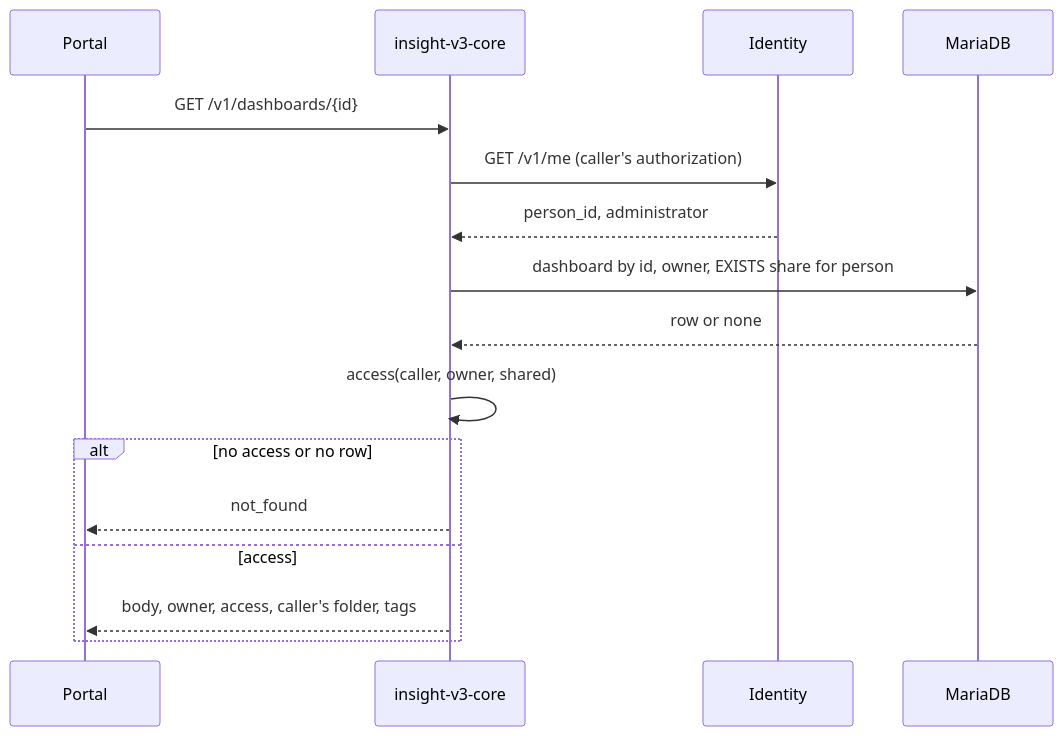
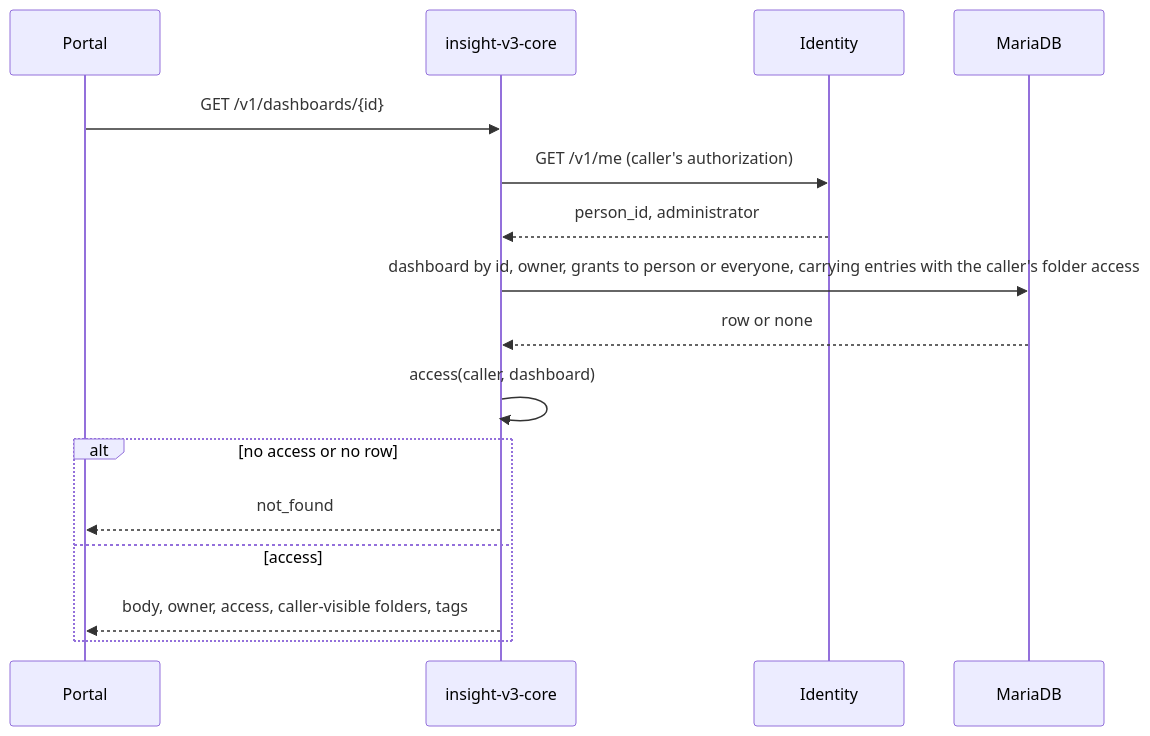
Before and after one commit to constructorfabric/insight: the second of 2 diagrams in docs/domain/insight-v3/specs/sharing/DESIGN.md, drawn with Mermaid. The commit also changed other lines of this file and 1 other file, not shown here.

First line of the commit message:
docs(v3): add editors, grants to everyone and shared folders to the sharing spec

````diff
--- a/docs/domain/insight-v3/specs/sharing/DESIGN.md
+++ b/docs/domain/insight-v3/specs/sharing/DESIGN.md
@@ -381,18 +418,18 @@
 ```mermaid
 sequenceDiagram
     participant P as Portal
     participant A as insight-v3-core
     participant I as Identity
     participant D as MariaDB
     P->>A: GET /v1/dashboards/{id}
     A->>I: GET /v1/me (caller's authorization)
     I-->>A: person_id, administrator
-    A->>D: dashboard by id, owner, EXISTS share for person
+    A->>D: dashboard by id, owner, grants to person or everyone, carrying entries with the caller's folder access
     D-->>A: row or none
-    A->>A: access(caller, owner, shared)
+    A->>A: access(caller, dashboard)
     alt no access or no row
         A-->>P: not_found
     else access
-        A-->>P: body, owner, access, caller's folder, tags
+        A-->>P: body, owner, access, caller-visible folders, tags
     end
 ```
````
